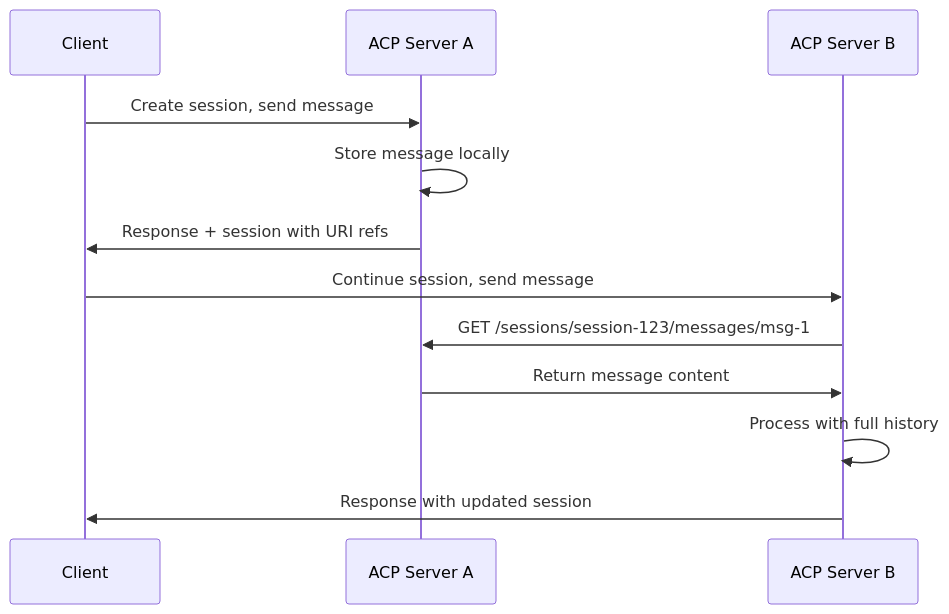
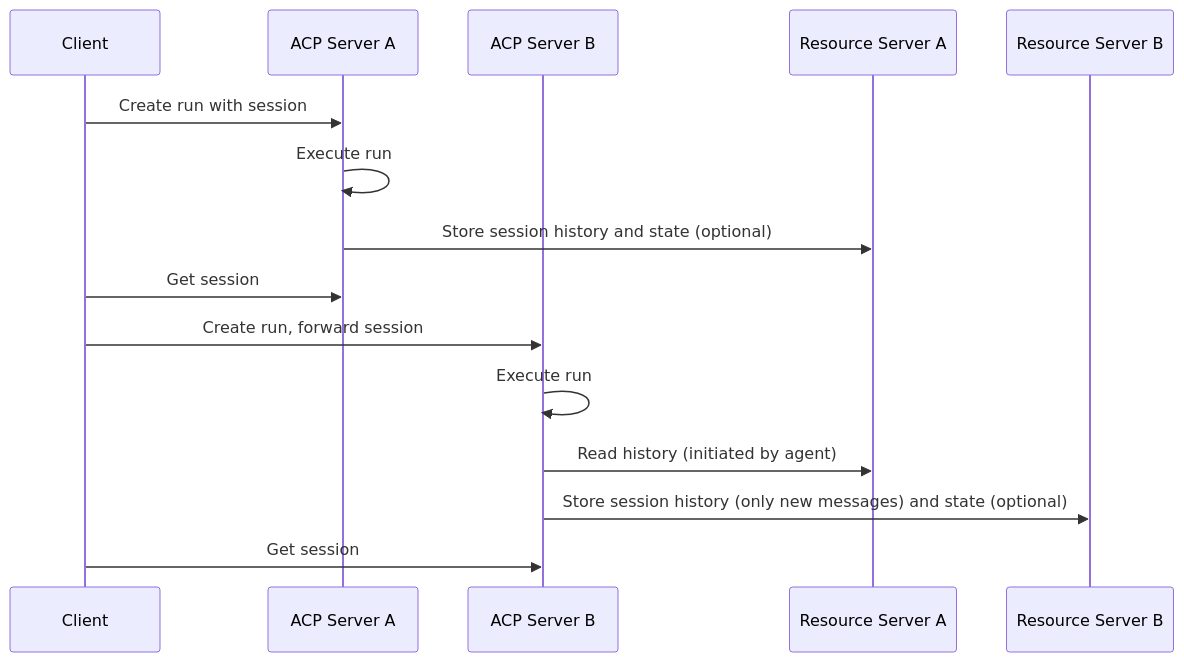
Before and after one commit to prahalad12345/RCP: the diagram in docs/core-concepts/distributed-sessions.mdx, drawn with Mermaid. The commit also changed other lines of this file, not shown here.

Commit message:
fix(docs): distributed sessions (#200)

````diff
--- a/docs/core-concepts/distributed-sessions.mdx
+++ b/docs/core-concepts/distributed-sessions.mdx
@@ -25,16 +30,19 @@
 ```mermaid
 sequenceDiagram
     participant Client
     participant ServerA as ACP Server A
     participant ServerB as ACP Server B
+    participant ResourceA as Resource Server A
+    participant ResourceB as Resource Server B
     
-    Client->>ServerA: Create session, send message
-    ServerA->>ServerA: Store message locally
-    ServerA->>Client: Response + session with URI refs
+    Client->>ServerA: Create run with session
+    ServerA->>ServerA: Execute run
+    ServerA->>ResourceA: Store session history and state (optional)
+    Client->>ServerA: Get session
     
-    Client->>ServerB: Continue session, send message
-    ServerB->>ServerA: GET /sessions/session-123/messages/msg-1
-    ServerA->>ServerB: Return message content
-    ServerB->>ServerB: Process with full history
-    ServerB->>Client: Response with updated session
+    Client->>ServerB: Create run, forward session
+    ServerB->>ServerB: Execute run
+    ServerB->>ResourceA: Read history (initiated by agent)
+    ServerB->>ResourceB: Store session history (only new messages) and state (optional)
+    Client->>ServerB: Get session
 ```
````
